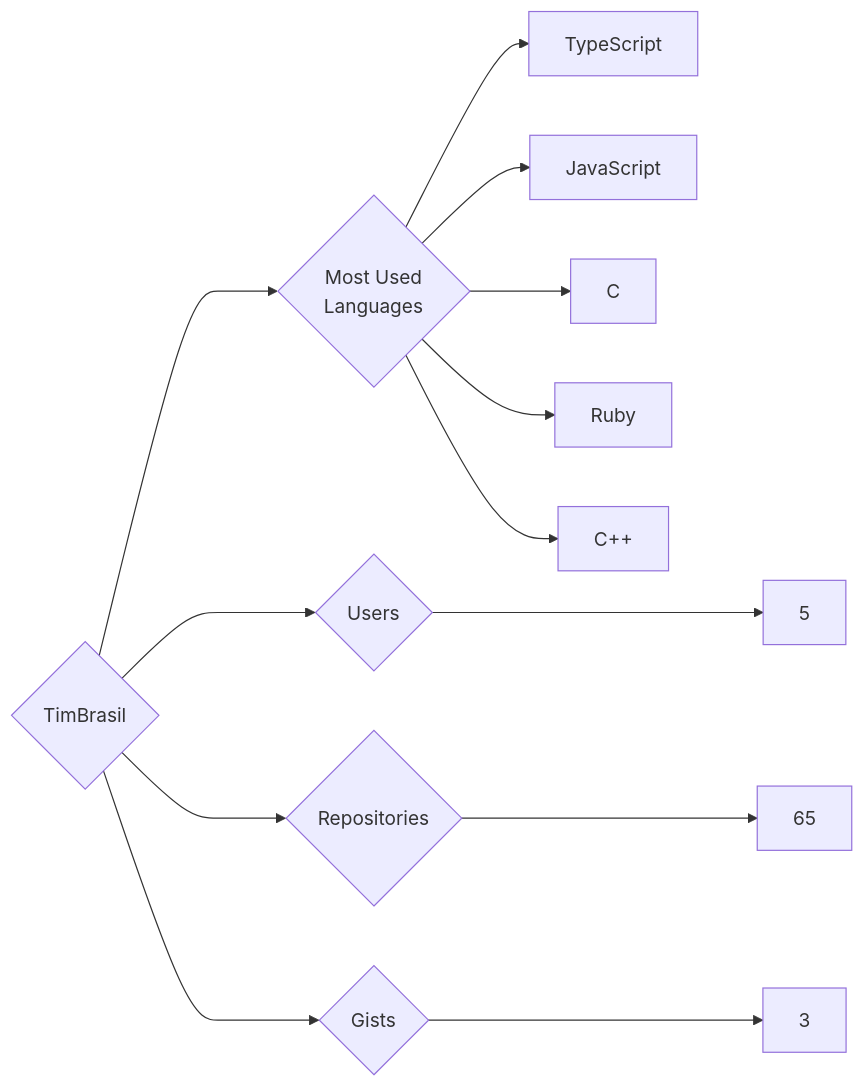
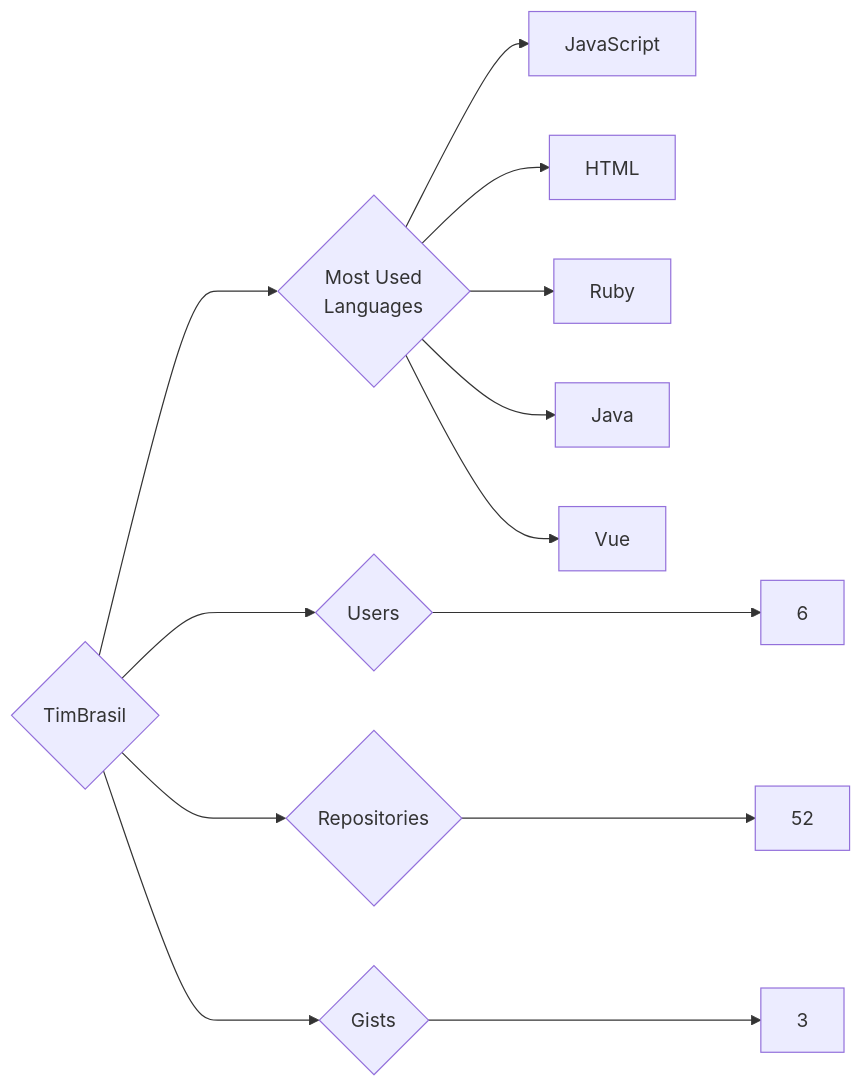
Before and after one commit to trickest/insiders: the diagram in targets/TimBrasil/README.md, drawn with Mermaid. The commit also changed 1389 other files, not shown here.

````diff
--- a/targets/TimBrasil/README.md
+++ b/targets/TimBrasil/README.md
@@ -3,13 +3,13 @@
 ```mermaid
 graph LR
 COMPANY_NAME{TimBrasil}
-COMPANY_NAME ---> U{Users} ---> UN[5]
-COMPANY_NAME ---> R{Repositories} ---> RN[65]
+COMPANY_NAME ---> U{Users} ---> UN[6]
+COMPANY_NAME ---> R{Repositories} ---> RN[52]
 COMPANY_NAME ---> G{Gists} ---> GN[3]
 COMPANY_NAME ---> ML{Most Used<br>Languages}
-ML --> TypeScript[TypeScript]
 ML --> JavaScript[JavaScript]
-ML --> C[C]
+ML --> HTML[HTML]
 ML --> Ruby[Ruby]
-ML --> C++[C++]
+ML --> Java[Java]
+ML --> Vue[Vue]
 ```
````
